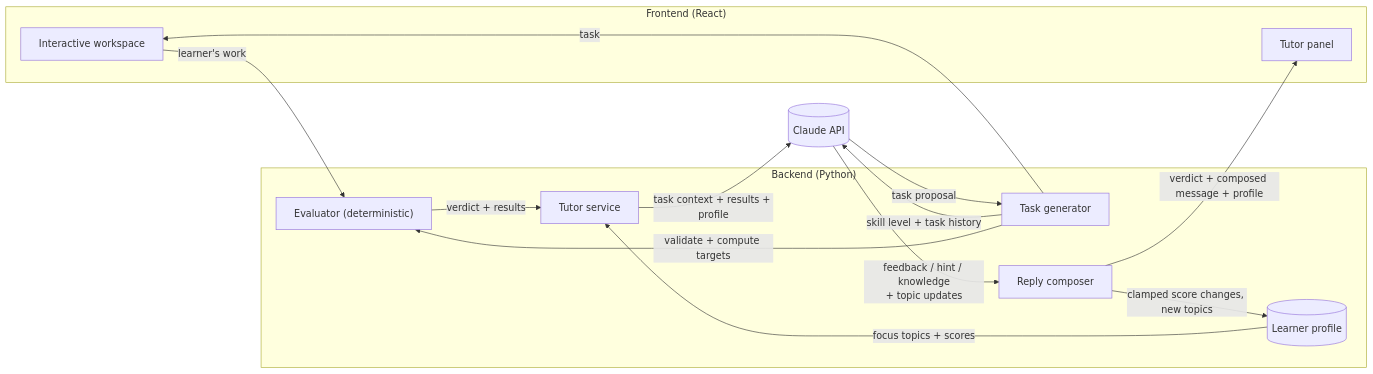
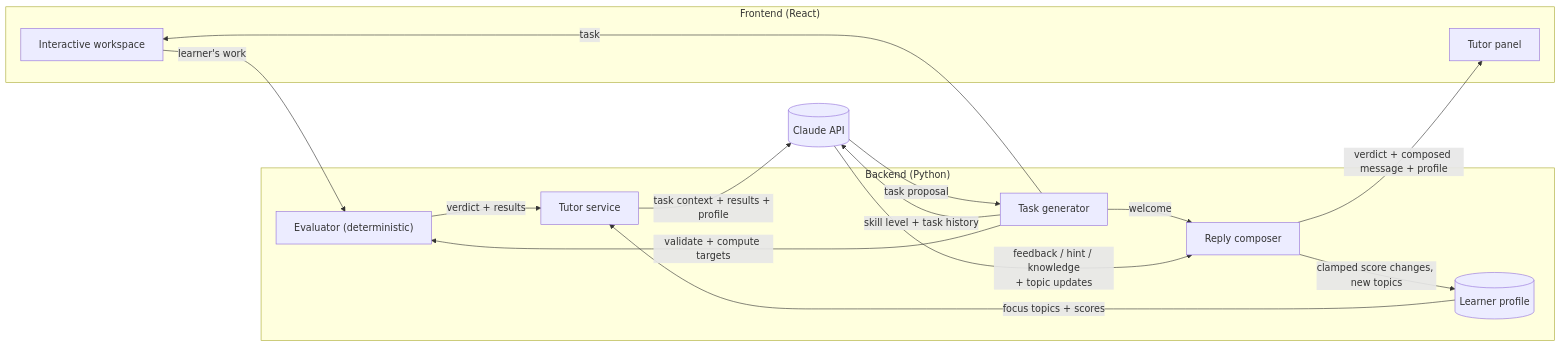
Before and after one commit to VOxFF/schematics-ai-tutor: the first of 5 diagrams in docs/design.md, drawn with Mermaid. The commit also changed other lines of this file, not shown here.

````diff
--- a/docs/design.md
+++ b/docs/design.md
@@ -28,27 +30,28 @@
 ```mermaid
 flowchart LR
     subgraph FE["Frontend (React)"]
         W[Interactive workspace]
         T[Tutor panel]
     end
     subgraph BE["Backend (Python)"]
         TG[Task generator]
         E["Evaluator (deterministic)"]
         TS[Tutor service]
         RC[Reply composer]
         LP[(Learner profile)]
     end
     C[(Claude API)]
 
     TG -- "skill level + task history" --> C
     C -- "task proposal" --> TG
     TG -- "validate + compute targets" --> E
     TG -- "task" --> W
+    TG -- "welcome" --> RC
     W -- "learner's work" --> E
     E -- verdict + results --> TS
     LP -- "focus topics + scores" --> TS
     TS -- "task context + results + profile" --> C
     C -- "feedback / hint / knowledge<br/>+ topic updates" --> RC
     RC -- "clamped score changes, new topics" --> LP
     RC -- "verdict + composed message + profile" --> T
 ```
````
